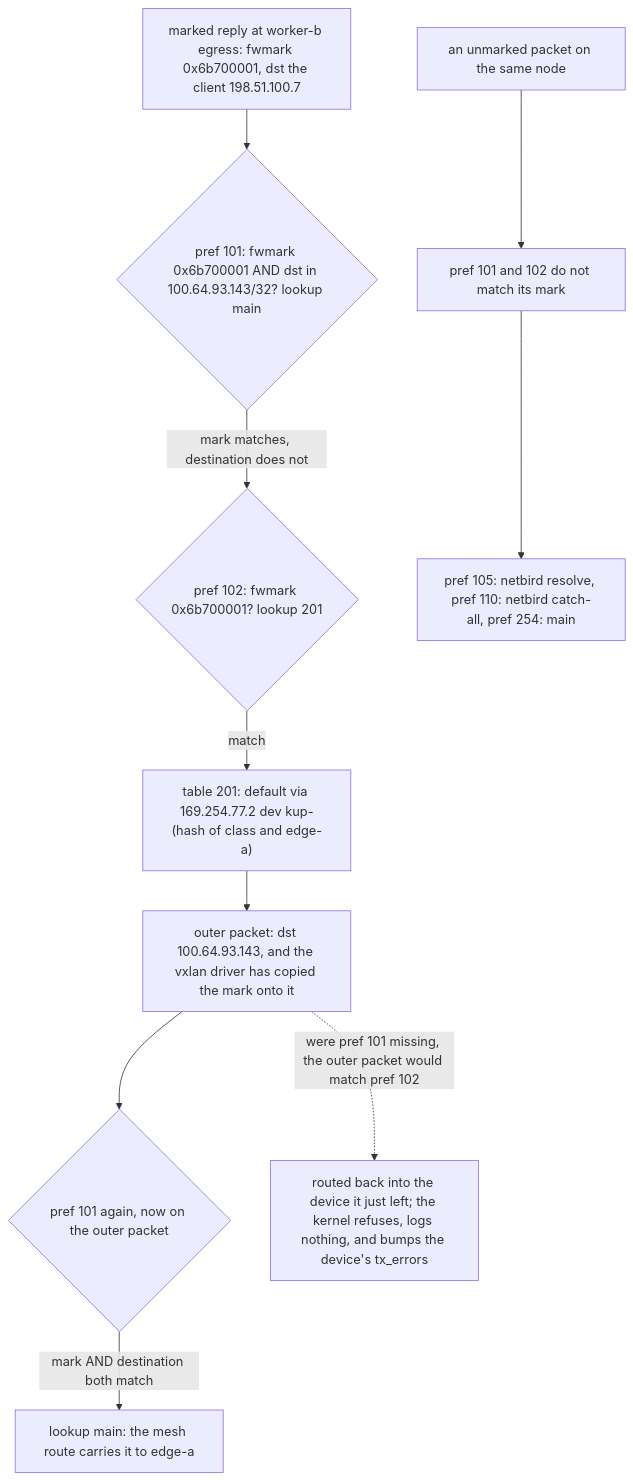
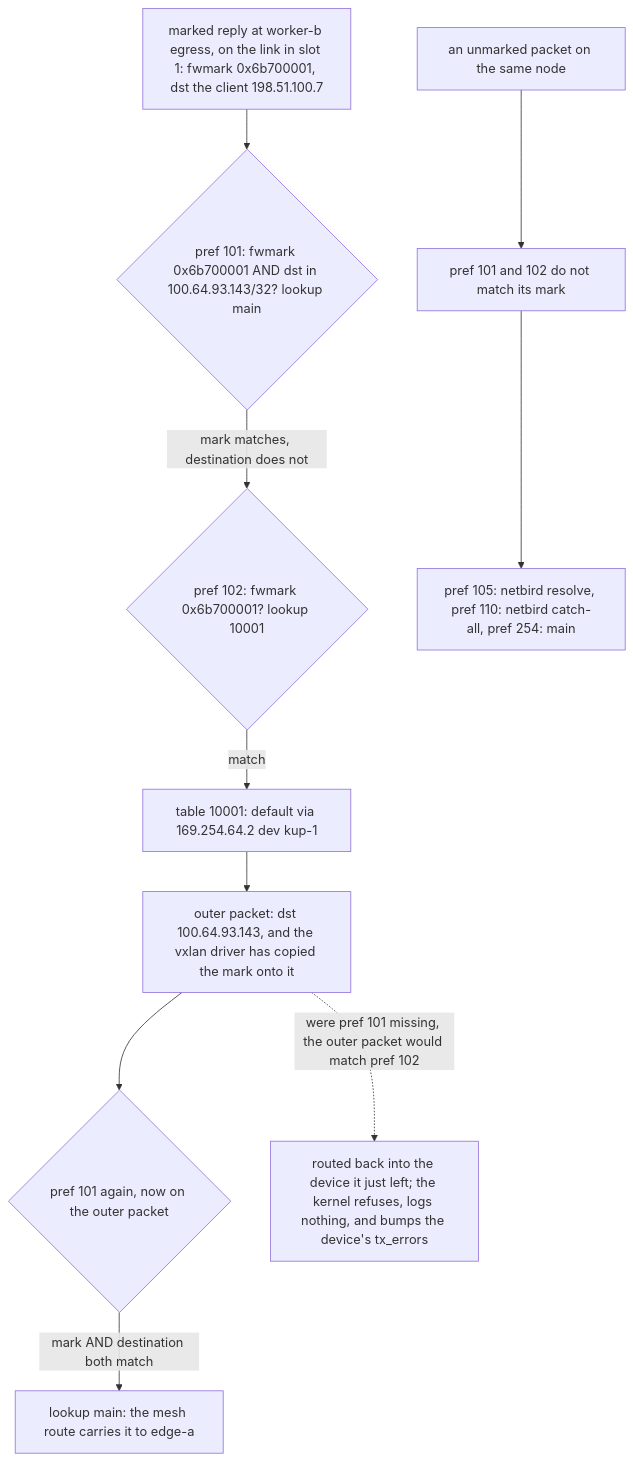
Before and after one commit to walzen-group/kuport: the third of 4 diagrams in docs/datapath.md, drawn with Mermaid. The commit also changed other lines of this file and 9 other files, not shown here.

````diff
--- a/docs/datapath.md
+++ b/docs/datapath.md
@@ -323,12 +323,12 @@
 ```mermaid
 flowchart TD
-    A["marked reply at worker-b egress: fwmark 0x6b700001, dst the client 198.51.100.7"] --> B{"pref 101: fwmark 0x6b700001 AND dst in 100.64.93.143/32? lookup main"}
-    B -- "mark matches, destination does not" --> C{"pref 102: fwmark 0x6b700001? lookup 201"}
-    C -- match --> D["table 201: default via 169.254.77.2 dev kup-(hash of class and edge-a)"]
+    A["marked reply at worker-b egress, on the link in slot 1: fwmark 0x6b700001, dst the client 198.51.100.7"] --> B{"pref 101: fwmark 0x6b700001 AND dst in 100.64.93.143/32? lookup main"}
+    B -- "mark matches, destination does not" --> C{"pref 102: fwmark 0x6b700001? lookup 10001"}
+    C -- match --> D["table 10001: default via 169.254.64.2 dev kup-1"]
     D --> E["outer packet: dst 100.64.93.143, and the vxlan driver has copied the mark onto it"]
     E --> F{"pref 101 again, now on the outer packet"}
     F -- "mark AND destination both match" --> G["lookup main: the mesh route carries it to edge-a"]
     E -. "were pref 101 missing, the outer packet would match pref 102" .-> X["routed back into the device it just left; the kernel refuses, logs nothing, and bumps the device's tx_errors"]
     U["an unmarked packet on the same node"] --> V["pref 101 and 102 do not match its mark"]
     V --> W["pref 105: netbird resolve, pref 110: netbird catch-all, pref 254: main"]
 ```
````
